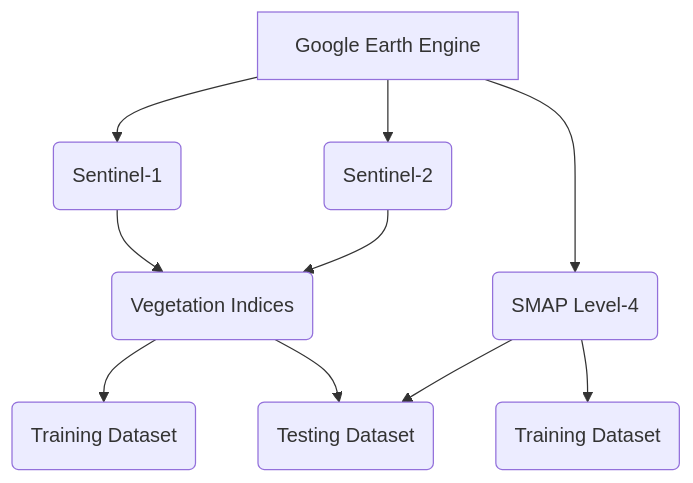
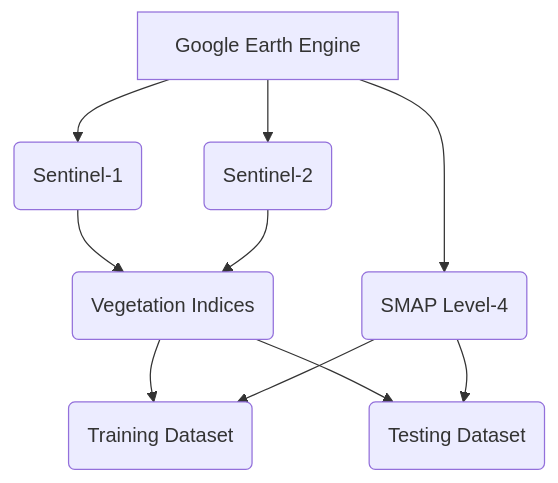
The diagram in README.md (ITU-GeoAI-Challenge/3rd_place_cropland_mapping), drawn with Mermaid before and after one commit.

````diff
--- a/README.md
+++ b/README.md
@@ -14,16 +14,16 @@
 ```mermaid
 graph TD
     A[Google Earth Engine] --> B(Sentinel-1)
     A --> C(Sentinel-2)
     A --> D(SMAP Level-4)
 
     B --> E(Vegetation Indices)
     C --> E
 
     E --> F(Training Dataset)
     E --> G(Testing Dataset)
 
-    D --> G(Testing Dataset)
-    D --> f(Training Dataset)
+    D --> G
+    D --> F
 
 ```
````
